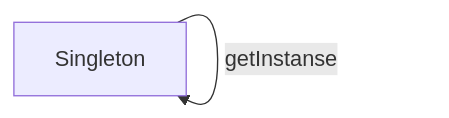
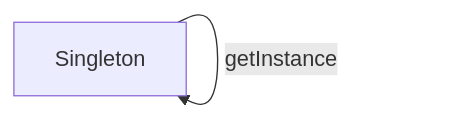
The diagram in patterns/singleton.md (dosandk/vanila-js-online-store), drawn with Mermaid before and after one commit. The commit also changed other lines of this file and 3 other files, not shown here.

Commit message:
Update patterns diagrams, add examples

````diff
--- a/patterns/singleton.md
+++ b/patterns/singleton.md
@@ -3,4 +3,4 @@
 ```mermaid
 flowchart LR
-  A[Singleton] -- getInstanse --> A
+  A[Singleton] -- getInstance --> A
 ```
````
